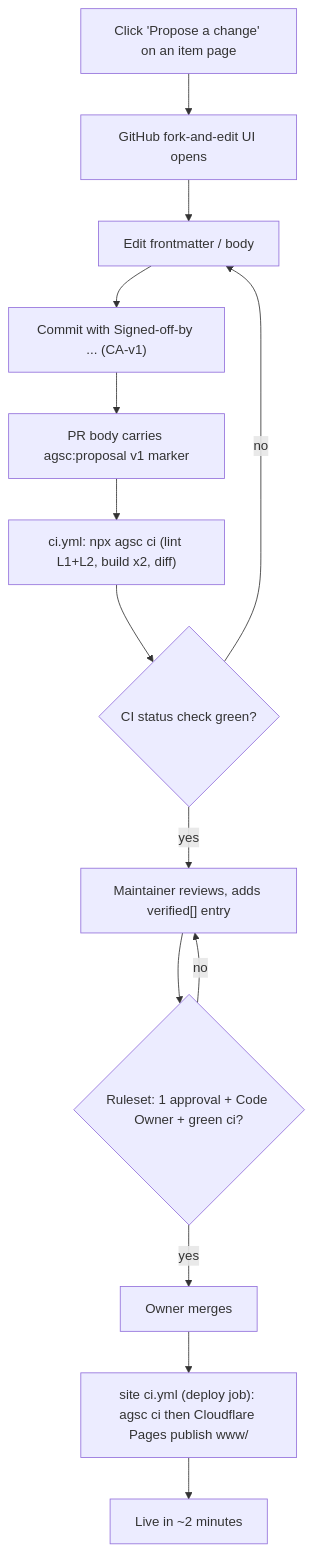
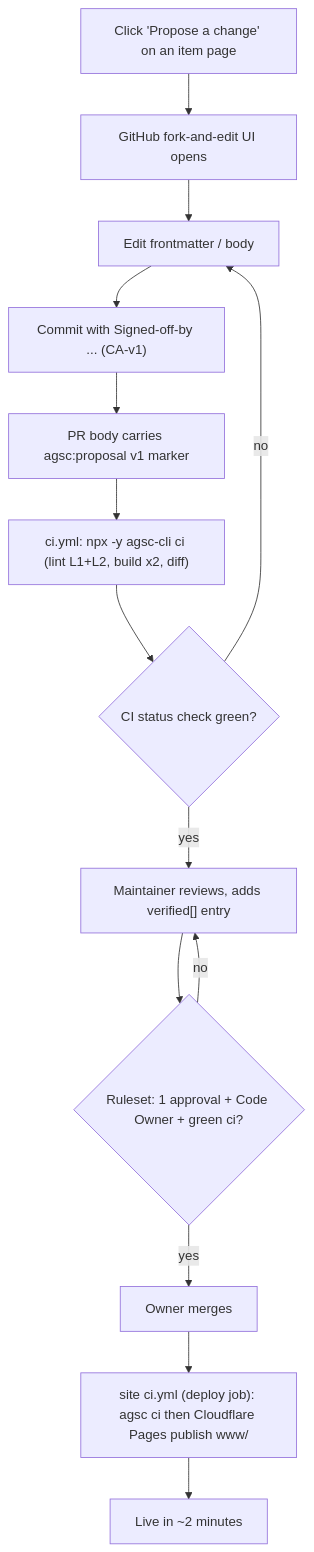
One commit to andreibesleaga/agentic-system-core changed the second of 5 diagrams in docs/diagrams/user-flows.md. Above: the diagram before and after it, drawn with Mermaid. The commit also changed other lines of this file and 15 other files, not shown here.

Commit message:
Pre-launch docs check: draft Appendix A, W3C vocabulary domains, single-author wording, npx -y agsc-cli, documentation map

````diff
--- a/docs/diagrams/user-flows.md
+++ b/docs/diagrams/user-flows.md
@@ -22,16 +22,16 @@
 ```mermaid
 flowchart TD
   A["Click 'Propose a change' on an item page"] --> B["GitHub fork-and-edit UI opens"]
   B --> C["Edit frontmatter / body"]
   C --> D["Commit with Signed-off-by ... (CA-v1)"]
   D --> E["PR body carries agsc:proposal v1 marker"]
-  E --> F["ci.yml: npx agsc ci (lint L1+L2, build x2, diff)"]
+  E --> F["ci.yml: npx -y agsc-cli ci (lint L1+L2, build x2, diff)"]
   F --> G{"CI status check green?"}
   G -- no --> C
   G -- yes --> H["Maintainer reviews, adds verified[] entry"]
   H --> I{"Ruleset: 1 approval + Code Owner + green ci?"}
   I -- no --> H
   I -- yes --> J["Owner merges"]
   J --> K["site ci.yml (deploy job): agsc ci then Cloudflare Pages publish www/"]
   K --> L["Live in ~2 minutes"]
 ```
````
